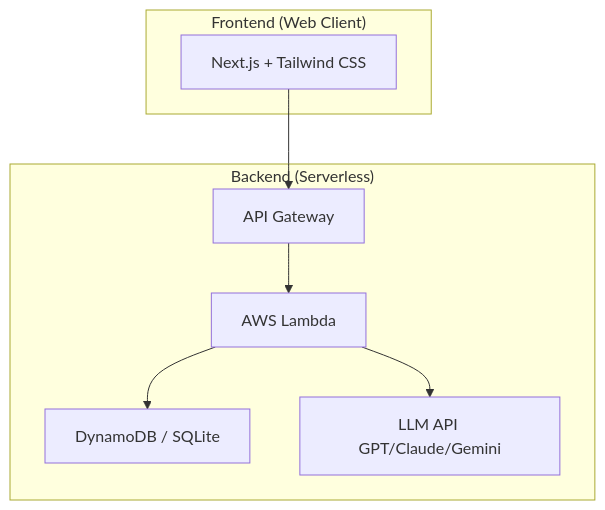
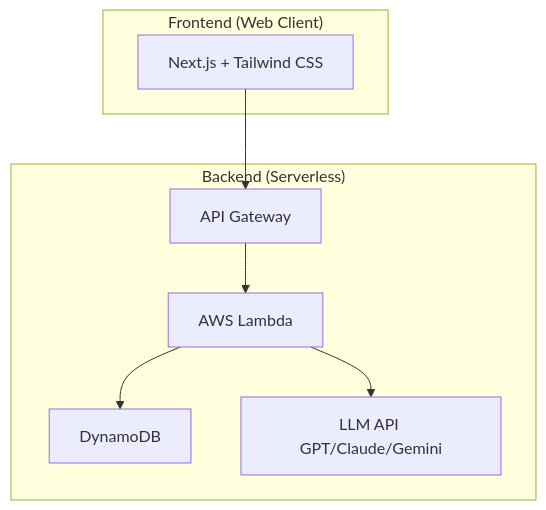
One commit to bamiyanapp/Electric-Chair-Arena changed the first of 2 diagrams in README.md. Above: the diagram before and after it, drawn with Mermaid. The commit also changed other lines of this file, not shown here.

````diff
--- a/README.md
+++ b/README.md
@@ -91,14 +91,14 @@
 ```mermaid
 graph TD
     subgraph "Frontend (Web Client)"
         I[Next.js + Tailwind CSS]
     end
 
     subgraph "Backend (Serverless)"
         J[API Gateway] --> K[AWS Lambda];
-        K --> L[DynamoDB / SQLite];
+        K --> L[DynamoDB];
         K --> M[LLM API GPT/Claude/Gemini];
     end
 
     I --> J;
 ```
````
